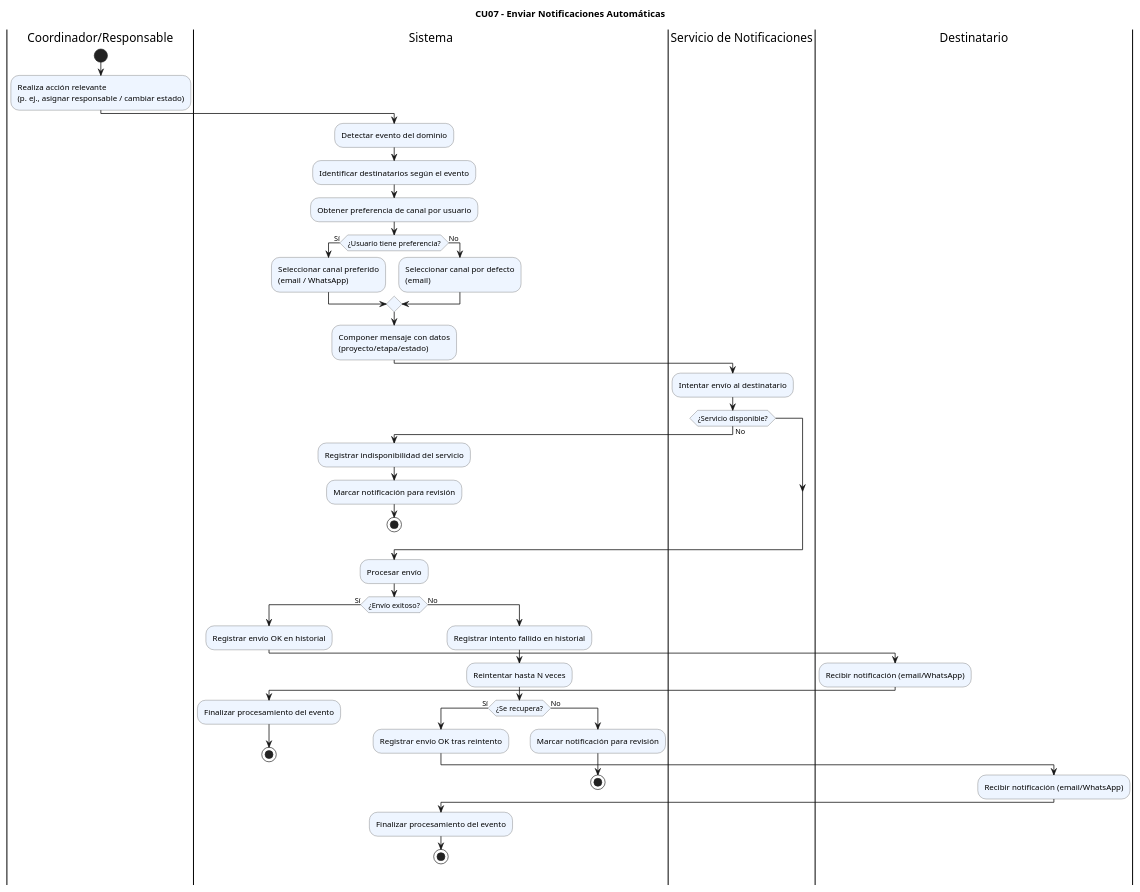
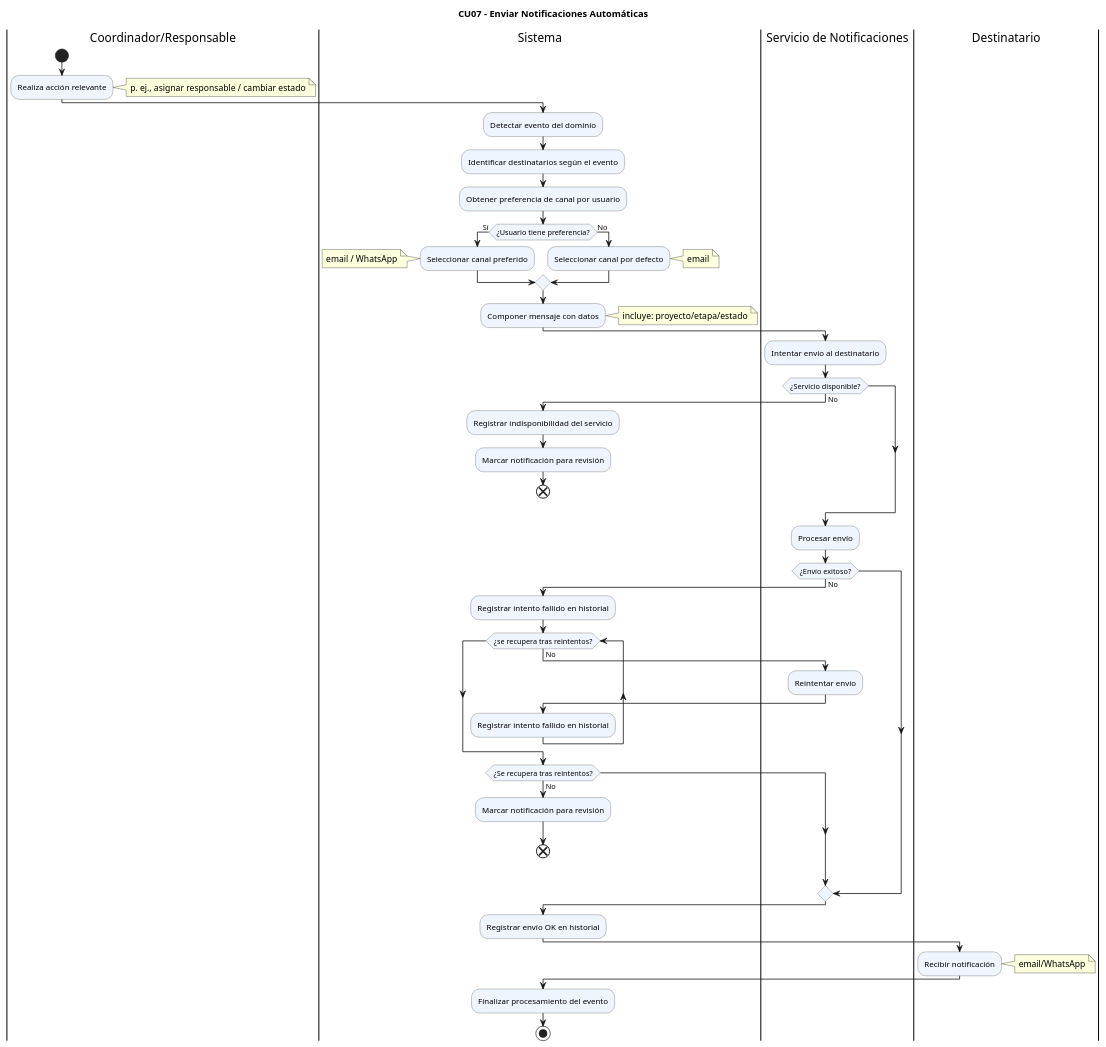
One commit to dantebiondi666-prog/SistemaProductoraVideos changed the diagram in diagramas/04-diagramas-actividades/04-actividad-enviar-notificaciones-automaticas-07.puml. Above: the diagram before and after it, drawn with PlantUML. The commit also changed 2 other files, not shown here.

```diff
--- a/diagramas/04-diagramas-actividades/04-actividad-enviar-notificaciones-automaticas-07.puml
+++ b/diagramas/04-diagramas-actividades/04-actividad-enviar-notificaciones-automaticas-07.puml
@@ -1,64 +1,78 @@
 @startuml 04-actividad-enviar-notificaciones-automaticas-07
 title CU07 – Enviar Notificaciones Automáticas
 
 skinparam activity {
   ArrowThickness 1.2
   BorderColor #555
   BackgroundColor #eef5ff
 }
 skinparam Shadowing false
 
 |Coordinador/Responsable|
 start
-:Realiza acción relevante\n(p. ej., asignar responsable / cambiar estado);
+:Realiza acción relevante;
+note right
+p. ej., asignar responsable / cambiar estado
+end note
 
 |Sistema|
 :Detectar evento del dominio;
 :Identificar destinatarios según el evento;
 :Obtener preferencia de canal por usuario;
 
 if (¿Usuario tiene preferencia?) then (Sí)
-  :Seleccionar canal preferido\n(email / WhatsApp);
+  :Seleccionar canal preferido;
+  note left
+  email / WhatsApp
+  end note
 else (No)
-  :Seleccionar canal por defecto\n(email);
+  :Seleccionar canal por defecto;
+  note right
+  email
+  end note
 endif
 
-:Componer mensaje con datos\n(proyecto/etapa/estado);
+:Componer mensaje con datos;
+note right
+incluye: proyecto/etapa/estado
+end note
 
 |Servicio de Notificaciones|
 :Intentar envío al destinatario;
 
 if (¿Servicio disponible?) then (No)
   |Sistema|
   :Registrar indisponibilidad del servicio;
   :Marcar notificación para revisión;
-  stop
+  end
 endif
 
+|Servicio de Notificaciones|
 :Procesar envío;
-if (¿Envío exitoso?) then (Sí)
-  |Sistema|
-  :Registrar envío OK en historial;
-  |Destinatario|
-  :Recibir notificación (email/WhatsApp);
-  |Sistema|
-  :Finalizar procesamiento del evento;
-  stop
-else (No)
+if (¿Envío exitoso?) then (No)
   |Sistema|
   :Registrar intento fallido en historial;
-  :Reintentar hasta N veces;
-  if (¿Se recupera?) then (Sí)
-    :Registrar envío OK tras reintento;
-    |Destinatario|
-    :Recibir notificación (email/WhatsApp);
+  while (¿se recupera tras reintentos?) is (No)
+  |Servicio de Notificaciones|
+    :Reintentar envío;
     |Sistema|
-    :Finalizar procesamiento del evento;
-    stop
-  else (No)
+    :Registrar intento fallido en historial;
+  endwhile
+  if (¿Se recupera tras reintentos?) then (No)
     :Marcar notificación para revisión;
-    stop
+    end
   endif
 endif
 
+|Sistema|
+:Registrar envío OK en historial;
+|Destinatario|
+:Recibir notificación;
+note right
+email/WhatsApp
+end note
+|Sistema|
+:Finalizar procesamiento del evento;
+stop
+
 @enduml
```
